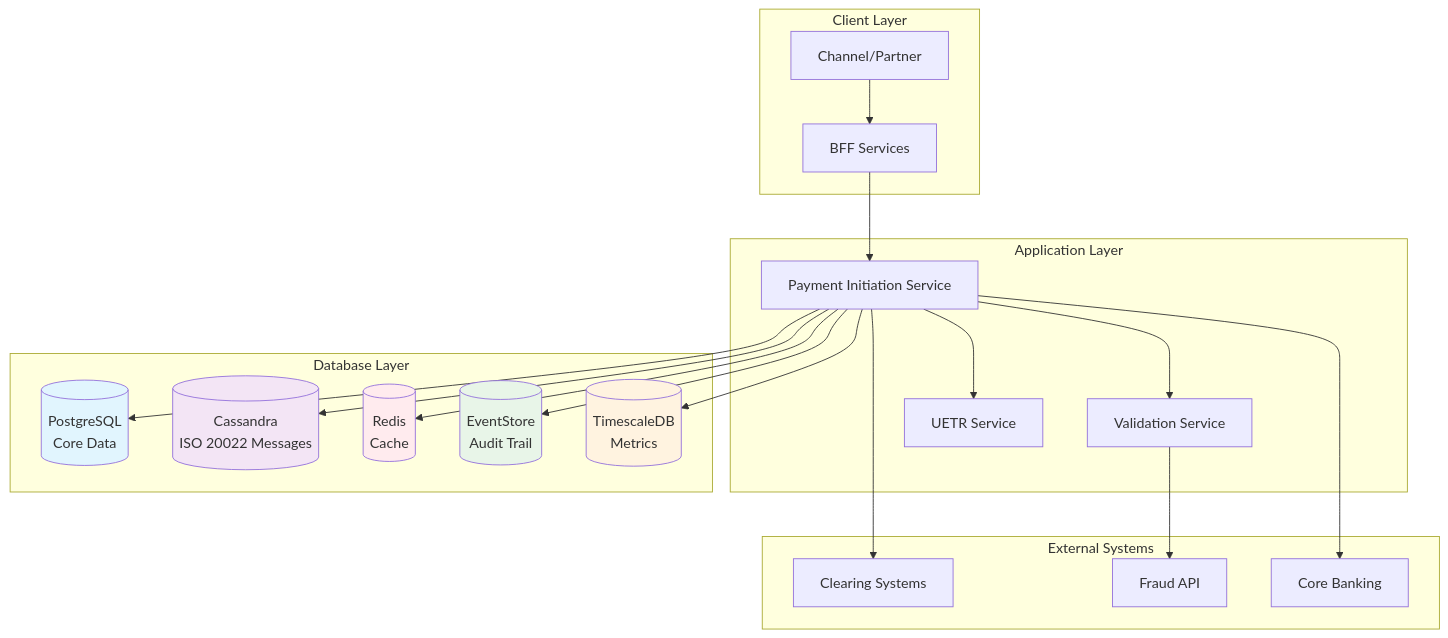
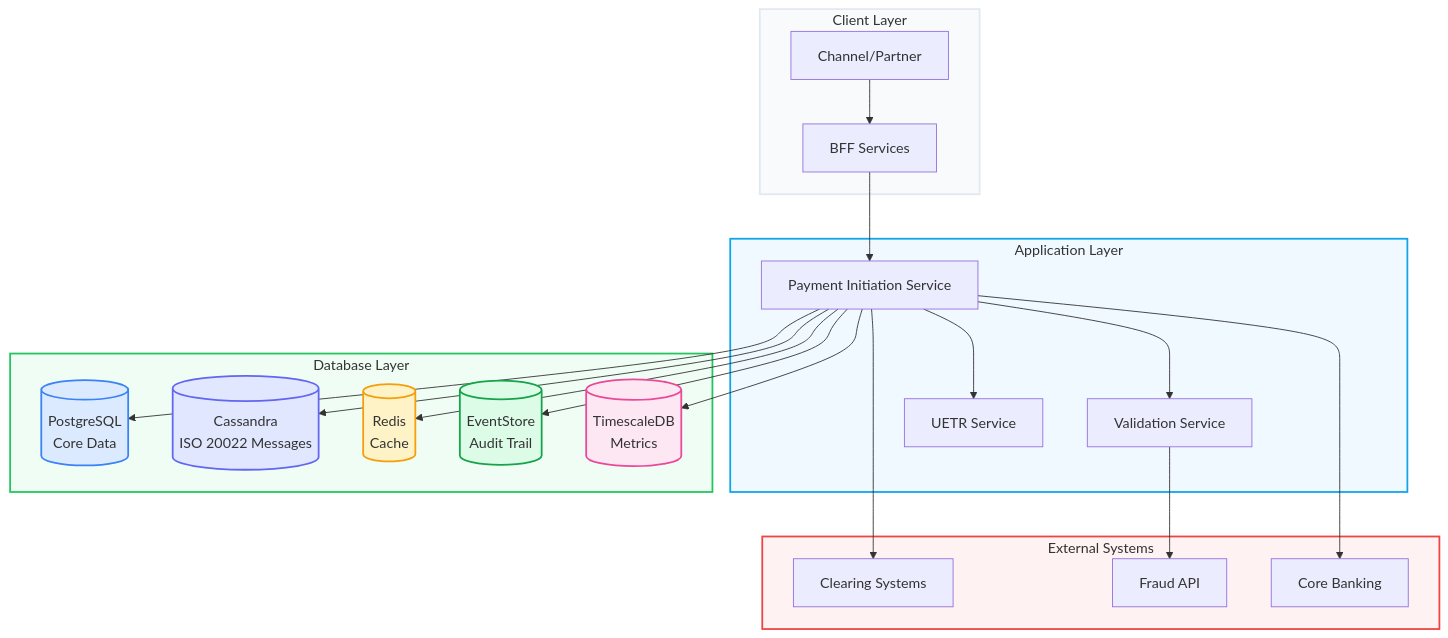
Before and after one commit to kranthikarthan/PE-v2-Architecture: the first of 11 diagrams in docs/21-DATA-FLOW-VISUAL-DIAGRAMS.md, drawn with Mermaid. The commit also changed other lines of this file and 1 other file, not shown here.

Commit message:
Improve Mermaid Diagram Color Palette and Layout
- Update all Mermaid diagrams to use Eraser AI color palette
- Fix subgraph naming to prevent text overlap with phase numbers
- Improve readability with better contrast and stroke widths
- Use consistent color scheme across all visual diagrams
- Fix layout issues where phase names were masked under components

Color Palette Updates:
- Phase 0: Slate gray (#f8fafc, #64748b)
- Phase 1: Sky blue (#f0f9ff, #0ea5e9)
- Phase 2: Green (#f0fdf4, #22c55e)
- Phase 3: Yellow (#fefce8, #eab308)
- Phase 4: Red (#fef2f2, #ef4444)
- Phase 5: Purple (#f3e8ff, #a855f7)
- Phase 6: Pink (#fce7f3, #ec4899)
- Phase 7: Emerald (#ecfdf5, #10b981)

Layout Improvements:
- Use short subgraph IDs (P0, P1, etc.) to prevent text overlap
- Increase stroke widths for better visibility
- Consistent color coding across all diagrams
- Better contrast for accessibility

````diff
--- a/docs/21-DATA-FLOW-VISUAL-DIAGRAMS.md
+++ b/docs/21-DATA-FLOW-VISUAL-DIAGRAMS.md
@@ -9,41 +9,46 @@
 ```mermaid
 graph TB
-    subgraph "Client Layer"
+    subgraph CL["Client Layer"]
         A[Channel/Partner] --> B[BFF Services]
     end
     
-    subgraph "Application Layer"
+    subgraph AL["Application Layer"]
         B --> C[Payment Initiation Service]
         C --> D[Validation Service]
         C --> E[UETR Service]
     end
     
-    subgraph "Database Layer"
+    subgraph DL["Database Layer"]
         F[(PostgreSQL<br/>Core Data)]
         G[(Cassandra<br/>ISO 20022 Messages)]
         H[(Redis<br/>Cache)]
         I[(EventStore<br/>Audit Trail)]
         J[(TimescaleDB<br/>Metrics)]
     end
     
-    subgraph "External Systems"
+    subgraph ES["External Systems"]
         K[Clearing Systems]
         L[Fraud API]
         M[Core Banking]
     end
     
     C --> F
     C --> G
     C --> H
     C --> I
     C --> J
     D --> L
     C --> K
     C --> M
     
-    style F fill:#e1f5fe
-    style G fill:#f3e5f5
-    style H fill:#ffebee
-    style I fill:#e8f5e8
-    style J fill:#fff3e0
+    style CL fill:#f8fafc,stroke:#e2e8f0,stroke-width:2px
+    style AL fill:#f0f9ff,stroke:#0ea5e9,stroke-width:2px
+    style DL fill:#f0fdf4,stroke:#22c55e,stroke-width:2px
+    style ES fill:#fef2f2,stroke:#ef4444,stroke-width:2px
+    
+    style F fill:#dbeafe,stroke:#3b82f6,stroke-width:2px
+    style G fill:#e0e7ff,stroke:#6366f1,stroke-width:2px
+    style H fill:#fef3c7,stroke:#f59e0b,stroke-width:2px
+    style I fill:#dcfce7,stroke:#16a34a,stroke-width:2px
+    style J fill:#fce7f3,stroke:#ec4899,stroke-width:2px
 ```
````
